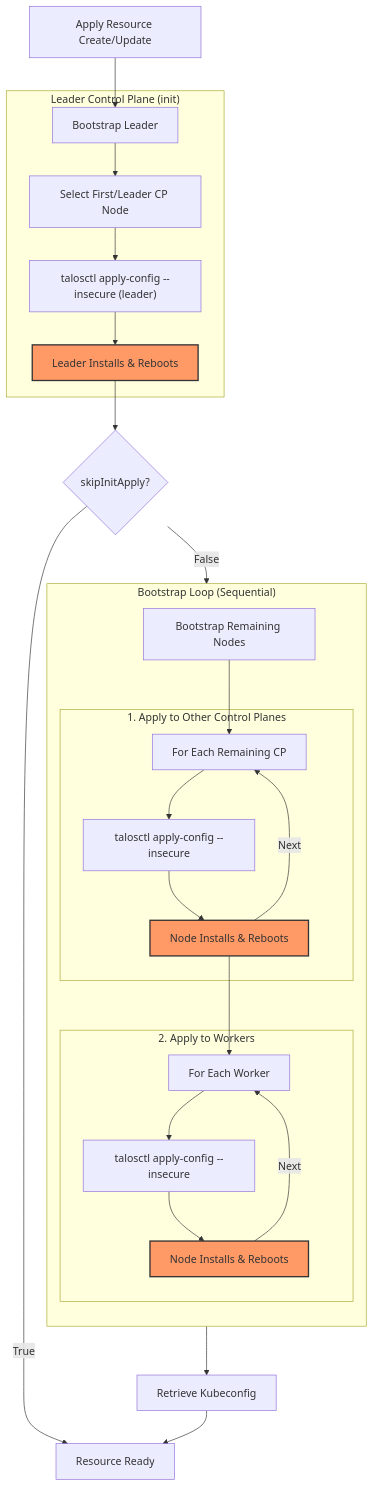
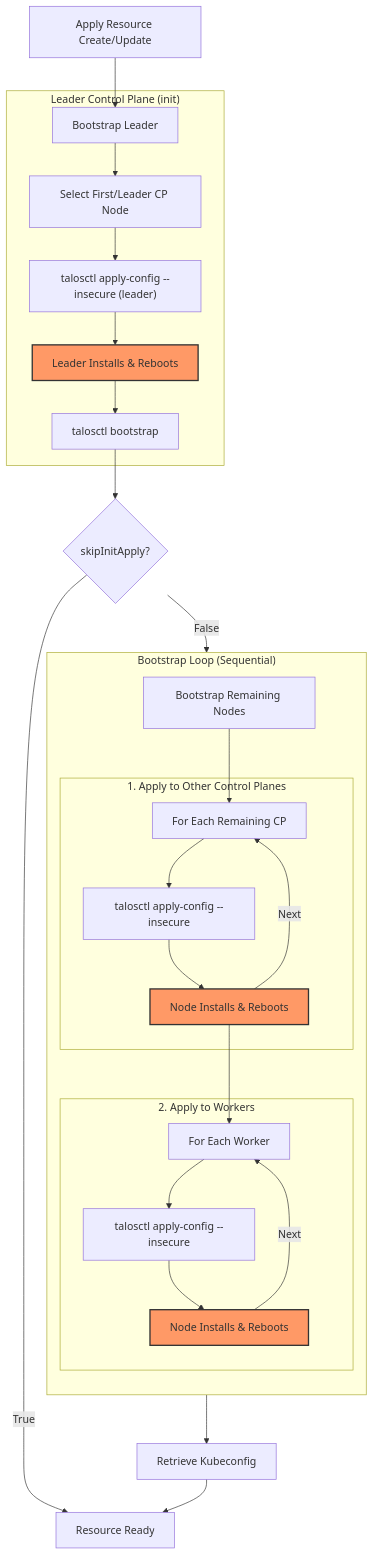
One commit to spigell/pulumi-talos-cluster changed the diagram in AGENTS.md. Above: the diagram before and after it, drawn with Mermaid.

Commit message:
docs: fix mermaid diagram in AGENTS.md
Add missing `talosctl bootstrap` step to the Provider Bootstrap Process diagram in AGENTS.md, ensuring the documented flow matches the actual Talos bootstrapping sequence.

````diff
--- a/AGENTS.md
+++ b/AGENTS.md
@@ -98,48 +98,49 @@
 ```mermaid
 flowchart TD
     Start["Apply Resource Create/Update"] --> LeaderStart["Bootstrap Leader"]
 
     subgraph LeaderPhase["Leader Control Plane (init)"]
         InitCP["Select First/Leader CP Node"]
         ApplyLeader["talosctl apply-config --insecure (leader)"]
         RebootLeader["Leader Installs & Reboots"]
+        BootstrapEtcd["talosctl bootstrap"]
 
-        LeaderStart --> InitCP --> ApplyLeader --> RebootLeader
+        LeaderStart --> InitCP --> ApplyLeader --> RebootLeader --> BootstrapEtcd
     end
 
-    RebootLeader --> CheckSkip{"skipInitApply?"}
+    BootstrapEtcd --> CheckSkip{"skipInitApply?"}
 
     CheckSkip -- "False" --> BootstrapStart[Bootstrap Remaining Nodes]
     CheckSkip -- "True" --> Done
 
     subgraph BootstrapLoop["Bootstrap Loop (Sequential)"]
         direction TB
 
         subgraph CPPhase["1. Apply to Other Control Planes"]
             IterateCP["For Each Remaining CP"]
             ApplyConfigCP["talosctl apply-config --insecure"]
             RebootCP["Node Installs & Reboots"]
 
             IterateCP --> ApplyConfigCP --> RebootCP
             RebootCP -- "Next" --> IterateCP
         end
 
         subgraph WorkerPhase["2. Apply to Workers"]
             IterateWork["For Each Worker"]
             ApplyConfigWork["talosctl apply-config --insecure"]
             RebootWork["Node Installs & Reboots"]
 
             IterateWork --> ApplyConfigWork --> RebootWork
             RebootWork -- "Next" --> IterateWork
         end
 
         BootstrapStart --> IterateCP
         RebootCP --> IterateWork
     end
 
     IterateWork --> Kubeconfig["Retrieve Kubeconfig"]
     Kubeconfig --> Done["Resource Ready"]
 
     classDef dangerous fill:#f96,stroke:#333,stroke-width:2px;
     class RebootLeader,RebootCP,RebootWork dangerous;
 ```
````
